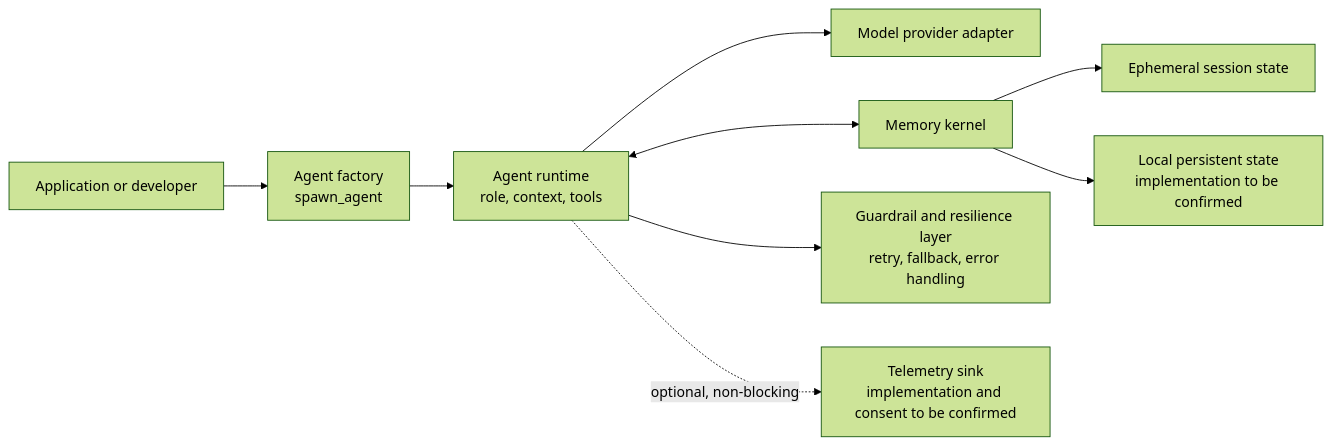
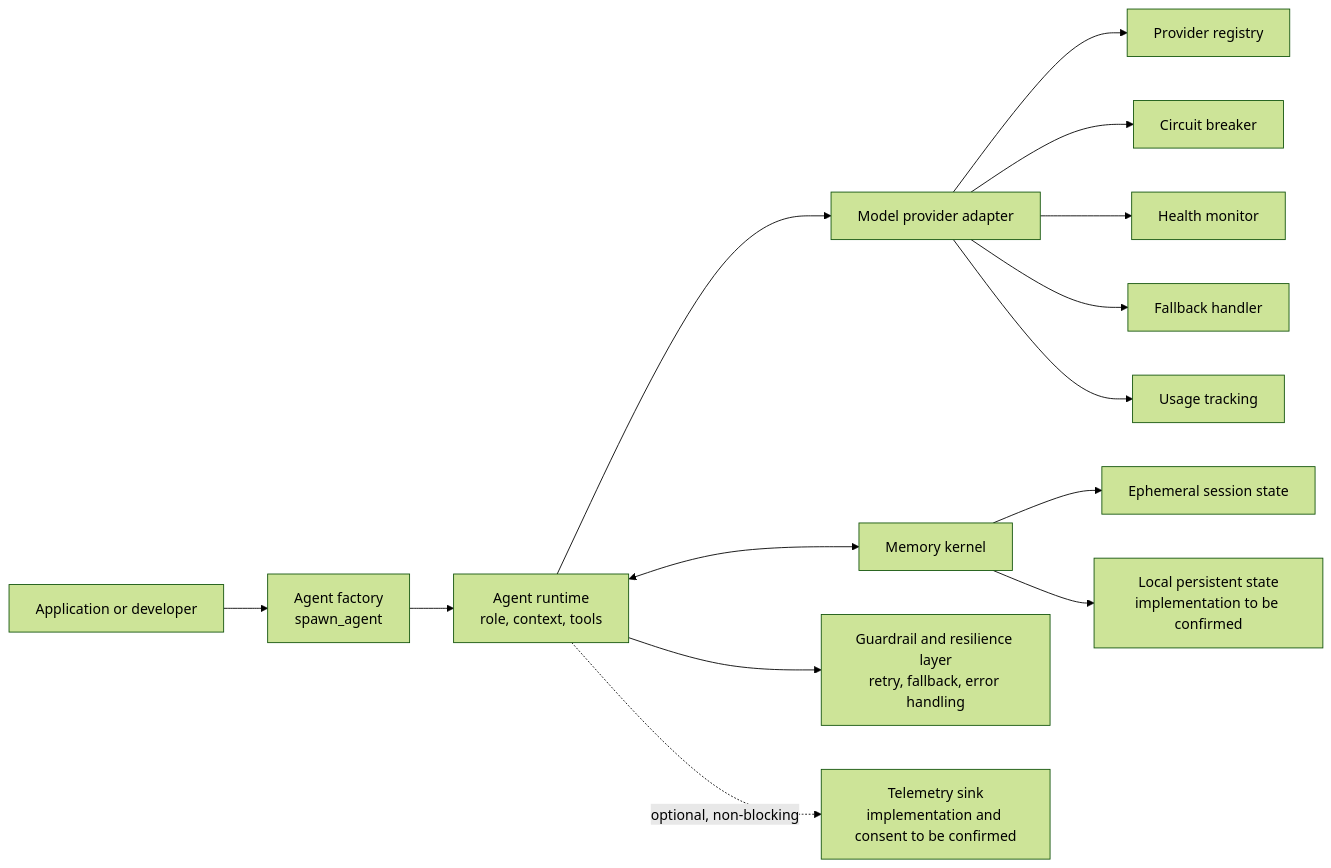
The diagram in docs/HIGH_LEVEL_DOCUMENTATION.md (genius-0963/AIAgentX), drawn with Mermaid (forest theme) before and after one commit. The commit also changed other lines of this file, not shown here.

````diff
--- a/docs/HIGH_LEVEL_DOCUMENTATION.md
+++ b/docs/HIGH_LEVEL_DOCUMENTATION.md
@@ -27,11 +27,16 @@
 ```mermaid
 flowchart LR
     A[Application or developer] --> B[Agent factory\nspawn_agent]
     B --> C[Agent runtime\nrole, context, tools]
     C --> D[Model provider adapter]
     C <--> E[Memory kernel]
     E --> E1[Ephemeral session state]
     E --> E2[Local persistent state\nimplementation to be confirmed]
     C --> F[Guardrail and resilience layer\nretry, fallback, error handling]
     C -. optional, non-blocking .-> G[Telemetry sink\nimplementation and consent to be confirmed]
+    D --> D1[Provider registry]
+    D --> D2[Circuit breaker]
+    D --> D3[Health monitor]
+    D --> D4[Fallback handler]
+    D --> D5[Usage tracking]
 ```
````
